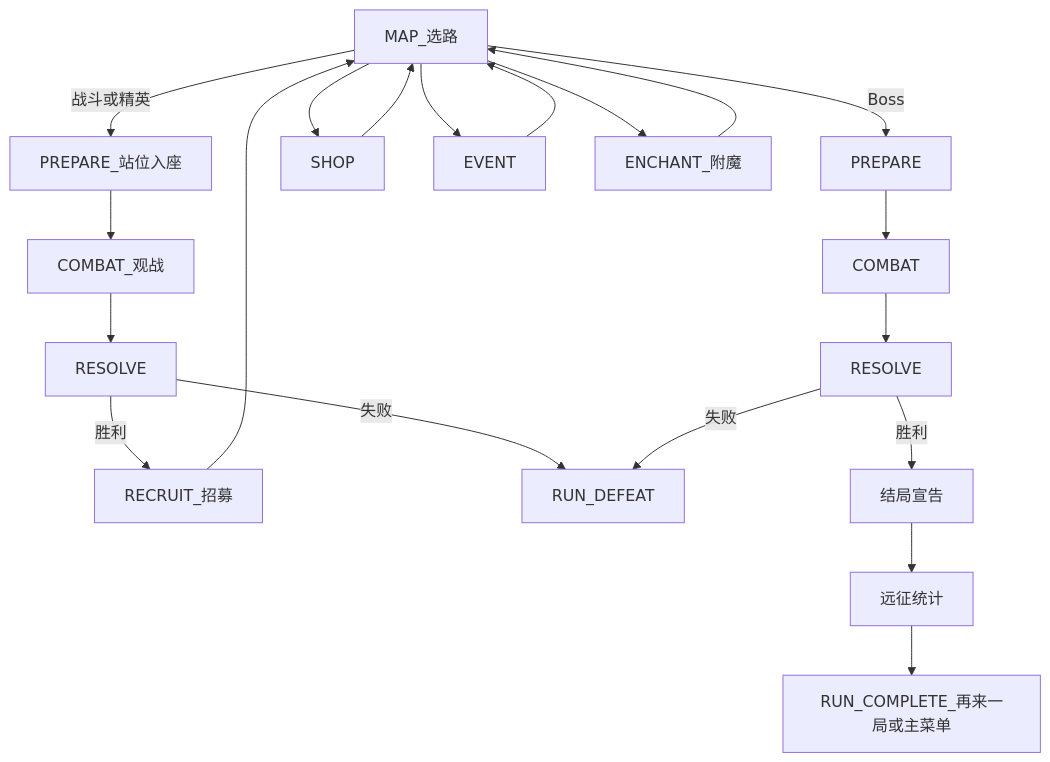
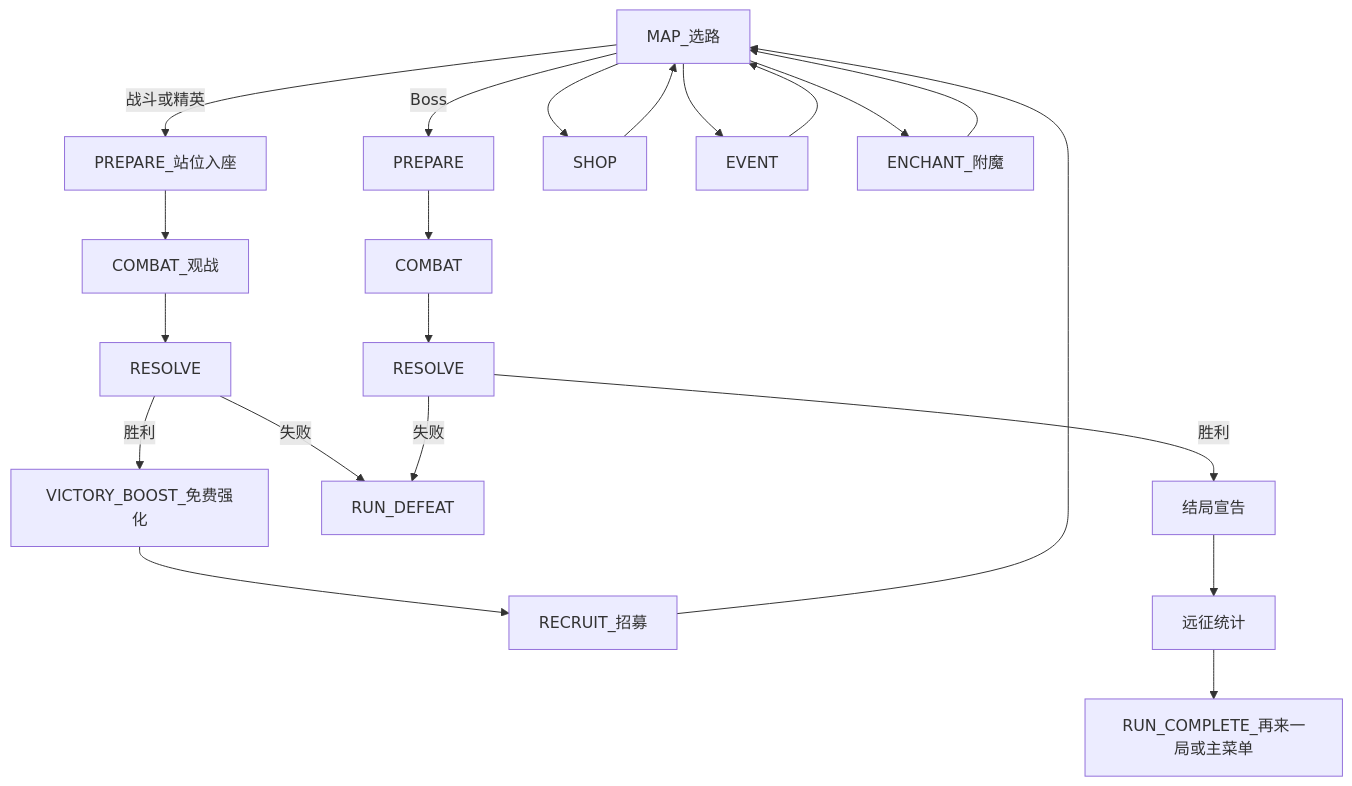
The diagram in Documents/GAME_VISION.md (Kanerickyz/project-autochess), drawn with Mermaid before and after one commit. The commit also changed other lines of this file and 15 other files, not shown here.

````diff
--- a/Documents/GAME_VISION.md
+++ b/Documents/GAME_VISION.md
@@ -105,14 +105,14 @@
 ```mermaid
 flowchart TD
     Map[MAP_选路] -->|战斗或精英| Prep[PREPARE_站位入座] --> Combat[COMBAT_观战] --> Resolve[RESOLVE]
-    Resolve -->|胜利| Recruit[RECRUIT_招募] --> Map
+    Resolve -->|胜利| Boost[VICTORY_BOOST_免费强化] --> Recruit[RECRUIT_招募] --> Map
     Resolve -->|失败| RunDefeat[RUN_DEFEAT]
     Map -->|Boss| BossPrep[PREPARE] --> BossCombat[COMBAT] --> BossResolve[RESOLVE]
     BossResolve -->|胜利| RunResult[结局宣告]
     RunResult --> RunStats[远征统计]
     RunStats --> RunComplete[RUN_COMPLETE_再来一局或主菜单]
     BossResolve -->|失败| RunDefeat
     Map --> ShopNode[SHOP] --> Map
     Map --> Event[EVENT] --> Map
     Map --> Enchant[ENCHANT_附魔] --> Map
 ```
````
